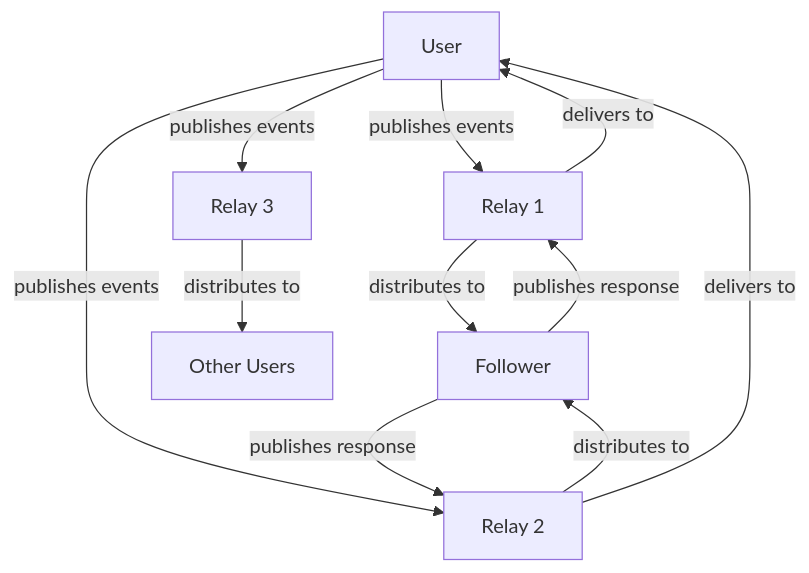
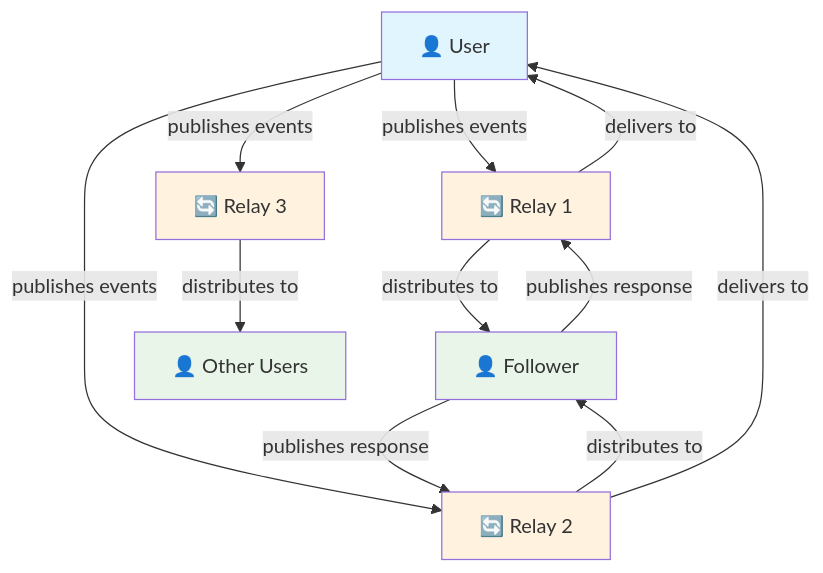
One commit to cristyalmonte/learnnostr changed the diagram in docs/getting-started/what-is-nostr.md. Above: the diagram before and after it, drawn with Mermaid. The commit also changed other lines of this file and 9 other files, not shown here.

````diff
--- a/docs/getting-started/what-is-nostr.md
+++ b/docs/getting-started/what-is-nostr.md
@@ -33,16 +33,23 @@
 ```mermaid
 graph TB
-    A[User] -->|publishes events| R1[Relay 1]
-    A -->|publishes events| R2[Relay 2]
-    A -->|publishes events| R3[Relay 3]
+    User[👤 User] -->|publishes events| R1[🔄 Relay 1]
+    User -->|publishes events| R2[🔄 Relay 2]
+    User -->|publishes events| R3[🔄 Relay 3]
     
-    R1 -->|distributes to| B[Follower]
-    R2 -->|distributes to| B
-    R3 -->|distributes to| C[Other Users]
+    R1 -->|distributes to| Follower[👤 Follower]
+    R2 -->|distributes to| Follower
+    R3 -->|distributes to| OtherUsers[👤 Other Users]
     
-    B -->|publishes response| R1
-    B -->|publishes response| R2
+    Follower -->|publishes response| R1
+    Follower -->|publishes response| R2
     
-    R1 -->|delivers to| A
-    R2 -->|delivers to| A
+    R1 -->|delivers to| User
+    R2 -->|delivers to| User
+    
+    style User fill:#e1f5fe
+    style Follower fill:#e8f5e8
+    style OtherUsers fill:#e8f5e8
+    style R1 fill:#fff3e0
+    style R2 fill:#fff3e0
+    style R3 fill:#fff3e0
 ```
````
